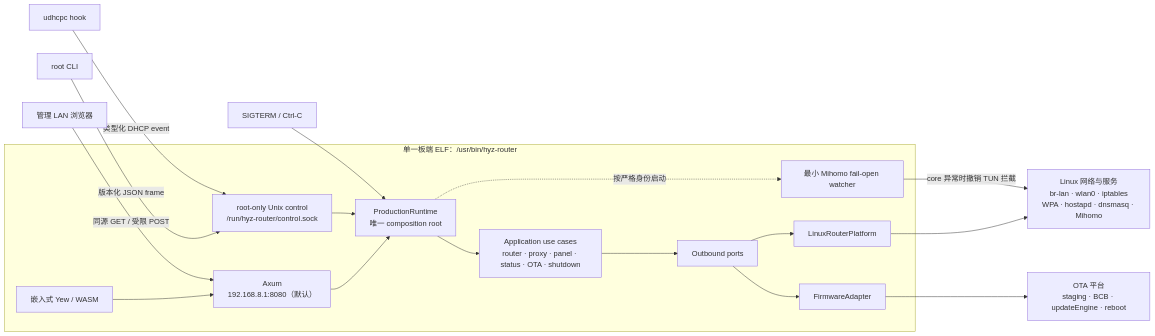
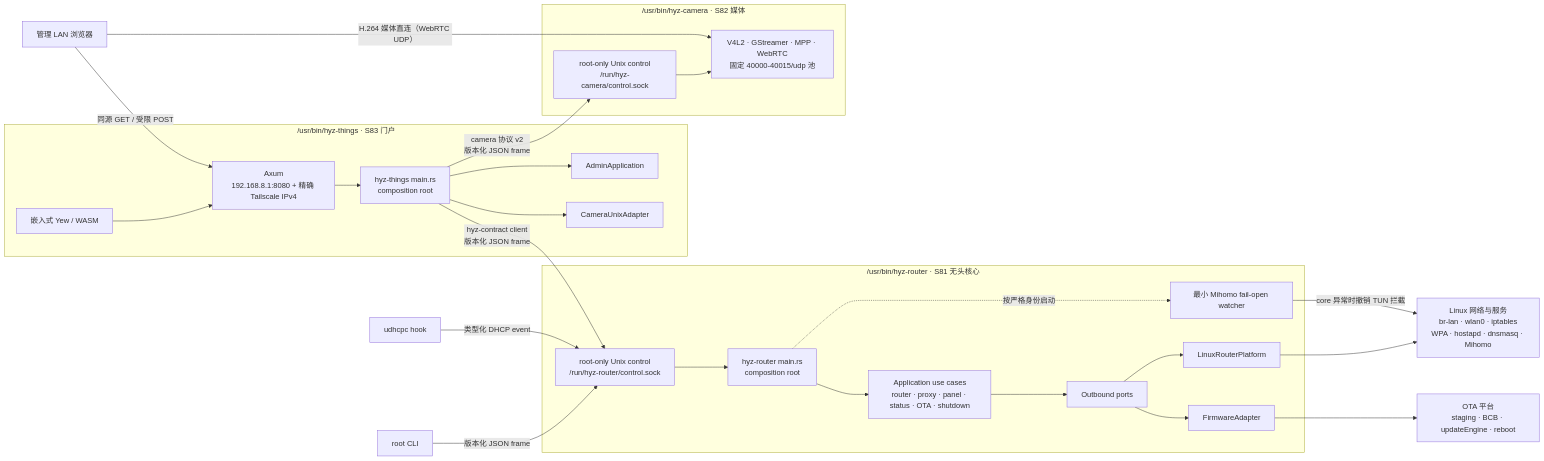
Before and after one commit to hyz-rk3568-sdk/hyz-things: the first of 3 diagrams in docs/router.md, drawn with Mermaid. The commit also changed other lines of this file and 2 other files, not shown here.

````diff
--- a/docs/router.md
+++ b/docs/router.md
@@ -57,37 +52,53 @@
 ```mermaid
 flowchart LR
     Browser["管理 LAN 浏览器"]
     RootCLI["root CLI"]
     UdHCPC["udhcpc hook"]
-    Signal["SIGTERM / Ctrl-C"]
 
-    subgraph ELF["单一板端 ELF：/usr/bin/hyz-router"]
-        Web["嵌入式 Yew / WASM"]
-        HTTP["Axum<br/>192.168.8.1:8080（默认）"]
+    subgraph Router["/usr/bin/hyz-router · S81 无头核心"]
         Socket["root-only Unix control<br/>/run/hyz-router/control.sock"]
-        Runtime["ProductionRuntime<br/>唯一 composition root"]
+        Runtime["hyz-router main.rs<br/>composition root"]
         UseCases["Application use cases<br/>router · proxy · panel · status · OTA · shutdown"]
         Ports["Outbound ports"]
         Linux["LinuxRouterPlatform"]
         Firmware["FirmwareAdapter"]
         Watcher["最小 Mihomo fail-open watcher"]
 
-        Web --> HTTP
-        HTTP --> Runtime
         Socket --> Runtime
         Runtime --> UseCases
         UseCases --> Ports
         Ports --> Linux
         Ports --> Firmware
         Runtime -. "按严格身份启动" .-> Watcher
     end
 
+    subgraph Things["/usr/bin/hyz-things · S83 门户"]
+        Web["嵌入式 Yew / WASM"]
+        HTTP["Axum<br/>192.168.8.1:8080 + 精确 Tailscale IPv4"]
+        Portal["hyz-things main.rs<br/>composition root"]
+        Admin["AdminApplication"]
+        CamClient["CameraUnixAdapter"]
+
+        Web --> HTTP
+        HTTP --> Portal
+        Portal --> Admin
+        Portal --> CamClient
+    end
+
+    subgraph Camera["/usr/bin/hyz-camera · S82 媒体"]
+        CamSocket["root-only Unix control<br/>/run/hyz-camera/control.sock"]
+        Media["V4L2 · GStreamer · MPP · WebRTC<br/>固定 40000-40015/udp 池"]
+        CamSocket --> Media
+    end
+
     Browser -->|"同源 GET / 受限 POST"| HTTP
     RootCLI -->|"版本化 JSON frame"| Socket
     UdHCPC -->|"类型化 DHCP event"| Socket
-    Signal --> Runtime
+    Portal -->|"hyz-contract client<br/>版本化 JSON frame"| Socket
+    Portal -->|"camera 协议 v2<br/>版本化 JSON frame"| CamSocket
 
     Linux --> Net["Linux 网络与服务<br/>br-lan · wlan0 · iptables<br/>WPA · hostapd · dnsmasq · Mihomo"]
     Firmware --> OTA["OTA 平台<br/>staging · BCB · updateEngine · reboot"]
     Watcher -->|"core 异常时撤销 TUN 拦截"| Net
+    Browser -->|"H.264 媒体直连（WebRTC UDP）"| Media
 ```
````
